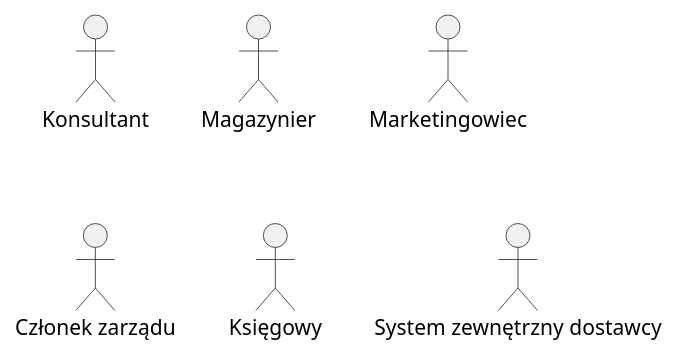
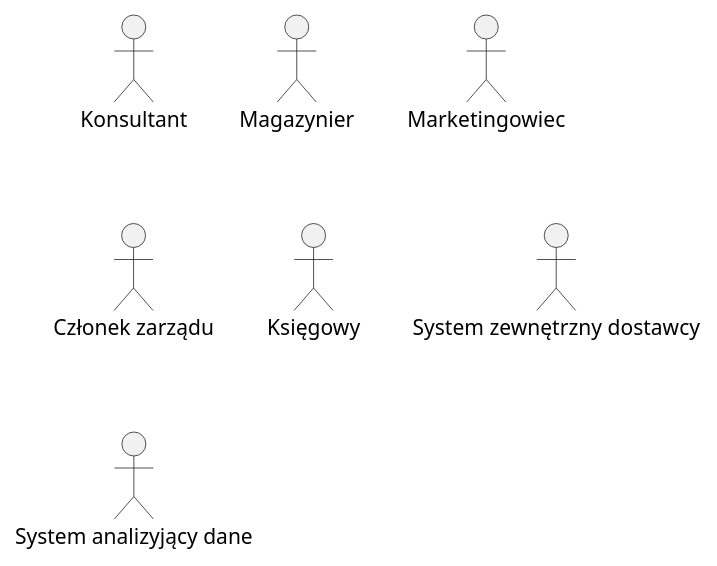
Before and after one commit to pixellos/Agh.5.Psi: the first of 17 diagrams in src/Projekt systemu.md, drawn with PlantUML. The commit also changed other lines of this file and 1 other file, not shown here.

````diff
--- a/src/Projekt systemu.md
+++ b/src/Projekt systemu.md
@@ -499,12 +499,13 @@
 ```plantuml test
 @startuml
 
 :Konsultant:
 :Magazynier:   
 :Marketingowiec:   
 :Członek zarządu:   
 :Księgowy:  
-:System zewnętrzny dostawcy: 
+:System zewnętrzny dostawcy:
+:System analizyjący dane:
 
 @enduml
 ```
````
